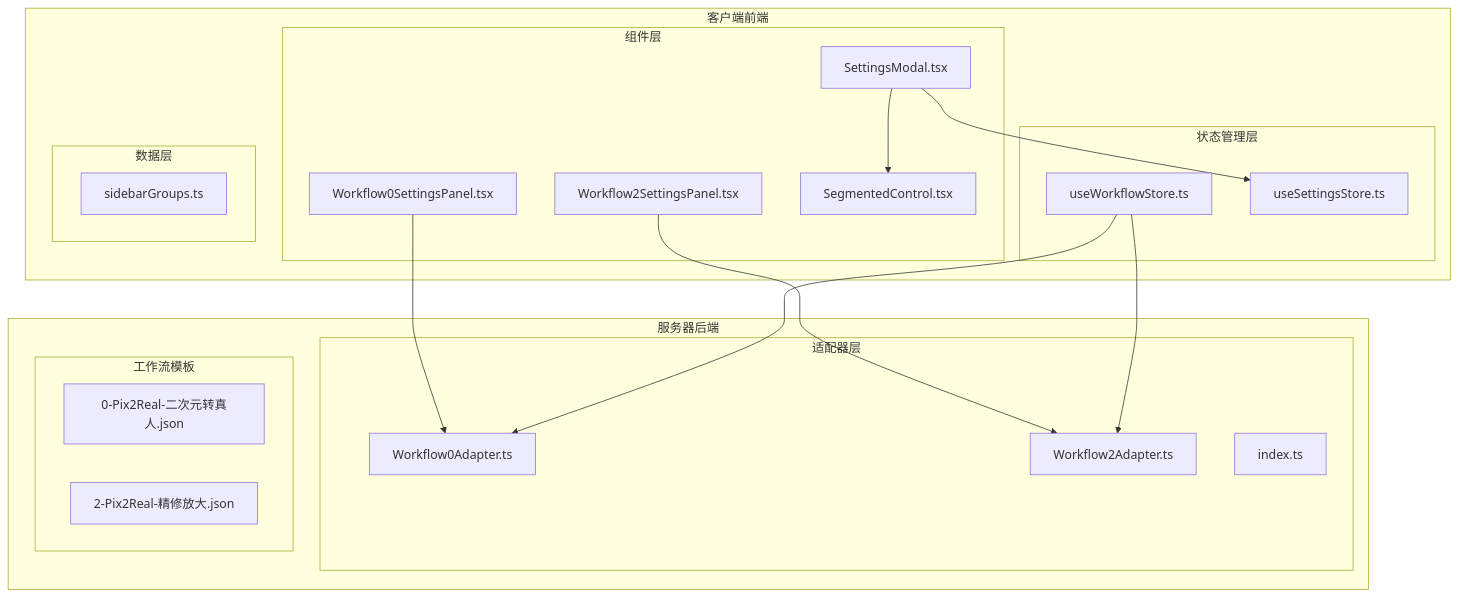
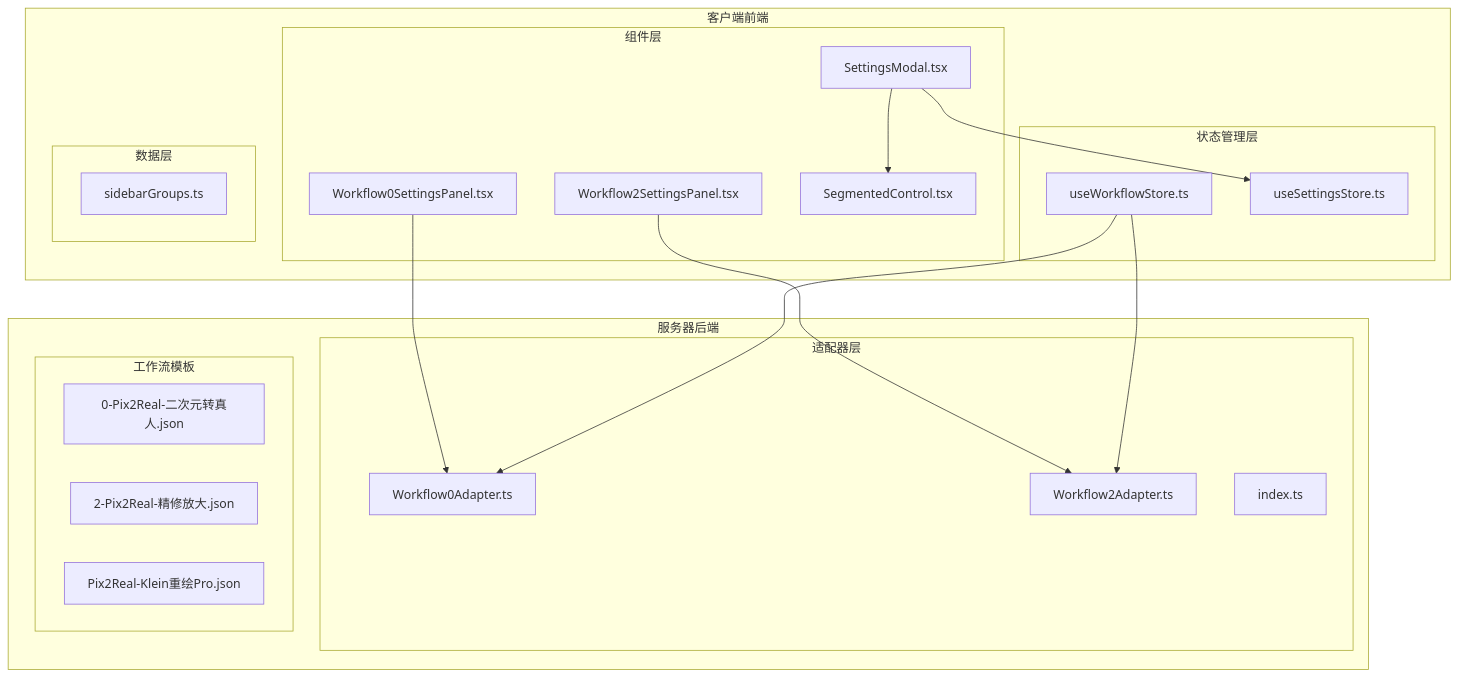
One commit to billye220670/CorineKit_Pix2Real changed the first of 7 diagrams in .qoder/repowiki/zh/content/Workflow Settings Panel.md. Above: the diagram before and after it, drawn with Mermaid. The commit also changed other lines of this file and 13 other files, not shown here.

````diff
--- a/.qoder/repowiki/zh/content/Workflow Settings Panel.md
+++ b/.qoder/repowiki/zh/content/Workflow Settings Panel.md
@@ -39,35 +50,36 @@
 ```mermaid
 graph TB
 subgraph "客户端前端"
 subgraph "组件层"
 WF0[Workflow0SettingsPanel.tsx]
 WF2[Workflow2SettingsPanel.tsx]
 SM[SettingsModal.tsx]
 SC[SegmentedControl.tsx]
 end
 subgraph "状态管理层"
 UWS[useWorkflowStore.ts]
 USS[useSettingsStore.ts]
 end
 subgraph "数据层"
 SG[sidebarGroups.ts]
 end
 end
 subgraph "服务器后端"
 subgraph "适配器层"
 WA0[Workflow0Adapter.ts]
 WA2[Workflow2Adapter.ts]
 IDX[index.ts]
 end
 subgraph "工作流模板"
 TPL0[0-Pix2Real-二次元转真人.json]
 TPL2[2-Pix2Real-精修放大.json]
+KPT[Pix2Real-Klein重绘Pro.json]
 end
 end
 WF0 --> WA0
 WF2 --> WA2
 SM --> USS
 SM --> SC
 UWS --> WA0
 UWS --> WA2
 ```
````
